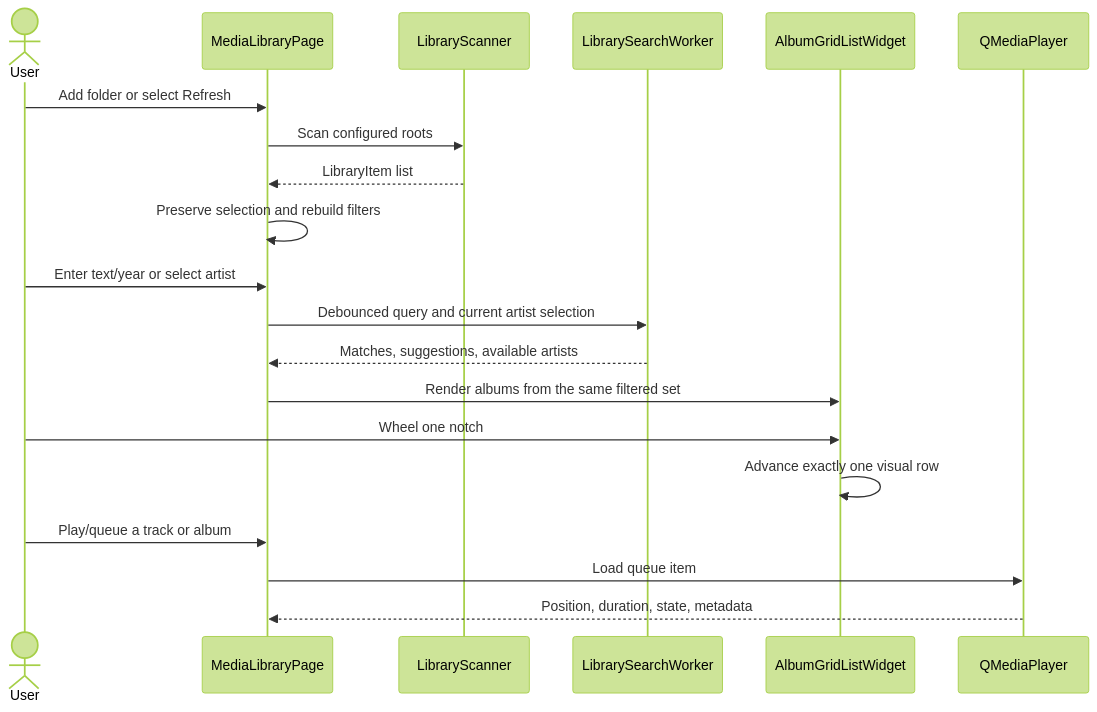
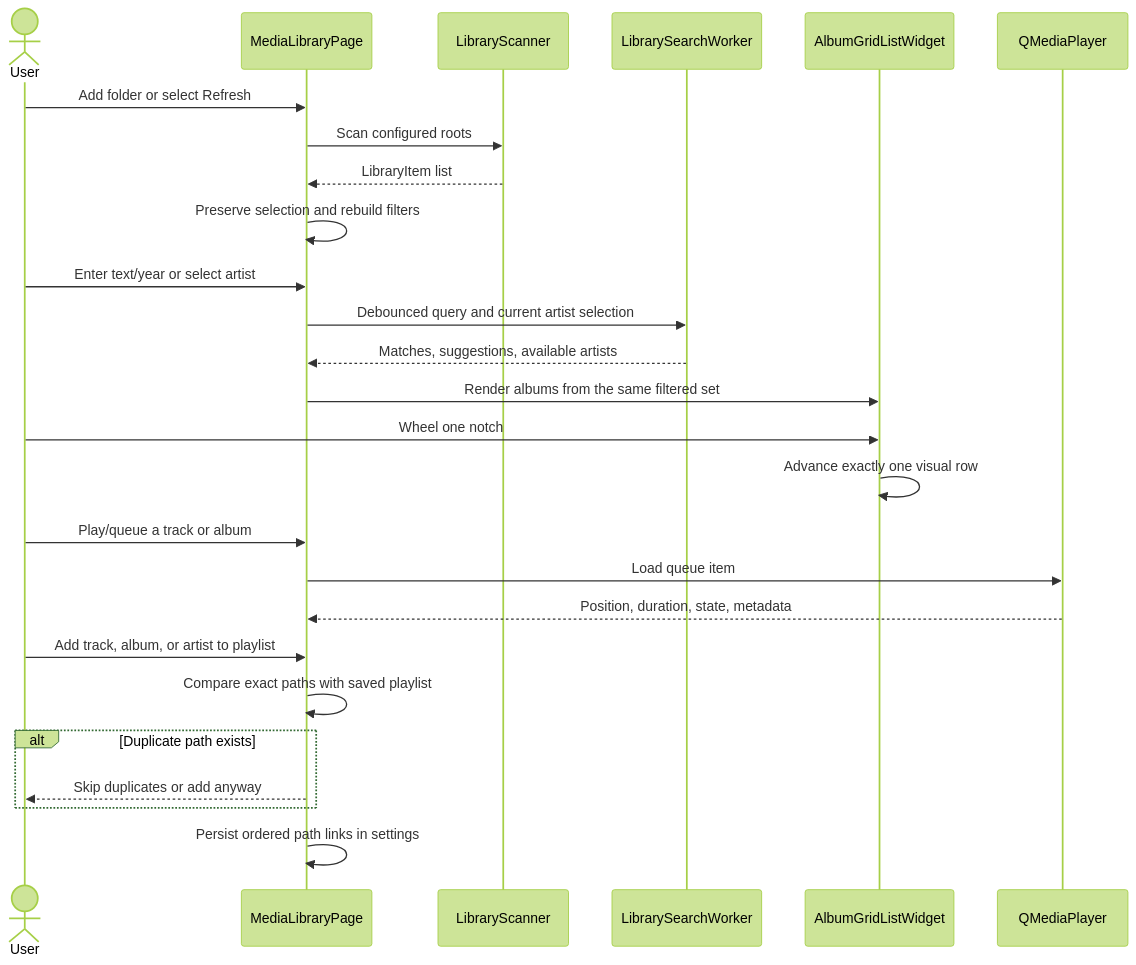
The seventh of 12 diagrams in docs/WORKFLOW_DESIGNS.md (DhimanGhosh/YouTube_Media_Studio), drawn with Mermaid (forest theme) before and after one commit. The commit also changed other lines of this file and 12 other files, not shown here.

````diff
--- a/docs/WORKFLOW_DESIGNS.md
+++ b/docs/WORKFLOW_DESIGNS.md
@@ -177,23 +181,29 @@
 ```mermaid
 sequenceDiagram
     actor User
     participant Page as MediaLibraryPage
     participant Scanner as LibraryScanner
     participant Search as LibrarySearchWorker
     participant Albums as AlbumGridListWidget
     participant Player as QMediaPlayer
 
     User->>Page: Add folder or select Refresh
     Page->>Scanner: Scan configured roots
     Scanner-->>Page: LibraryItem list
     Page->>Page: Preserve selection and rebuild filters
     User->>Page: Enter text/year or select artist
     Page->>Search: Debounced query and current artist selection
     Search-->>Page: Matches, suggestions, available artists
     Page->>Albums: Render albums from the same filtered set
     User->>Albums: Wheel one notch
     Albums->>Albums: Advance exactly one visual row
     User->>Page: Play/queue a track or album
     Page->>Player: Load queue item
     Player-->>Page: Position, duration, state, metadata
+    User->>Page: Add track, album, or artist to playlist
+    Page->>Page: Compare exact paths with saved playlist
+    alt Duplicate path exists
+        Page-->>User: Skip duplicates or add anyway
+    end
+    Page->>Page: Persist ordered path links in settings
 ```
````
